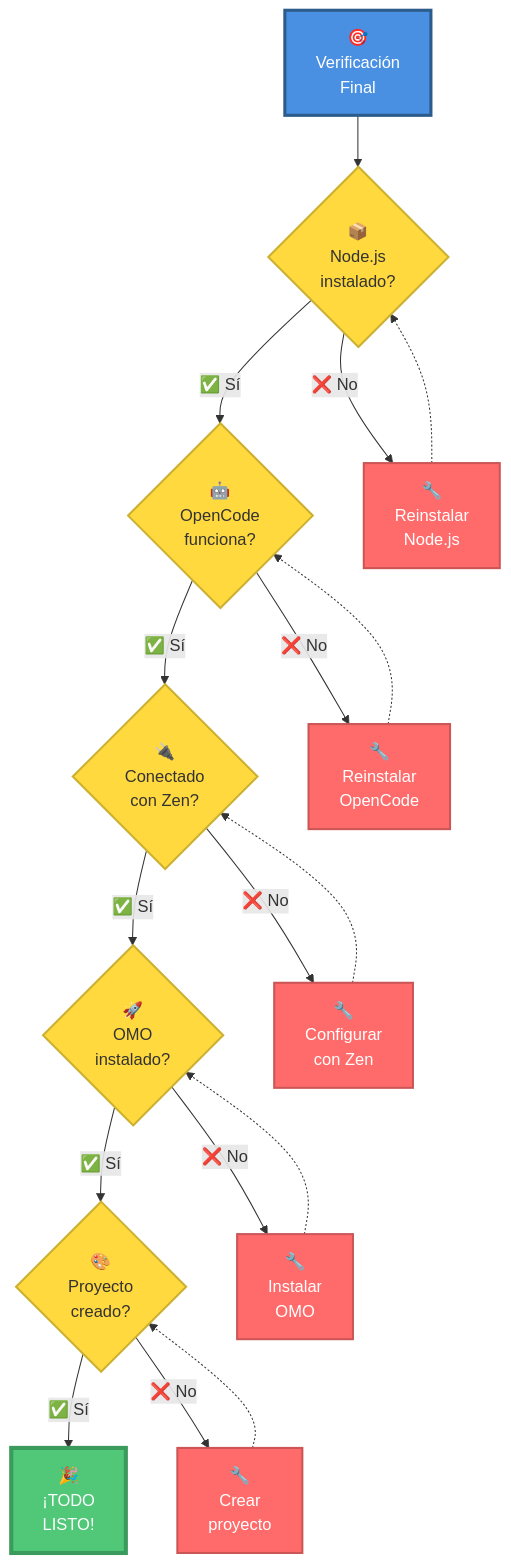
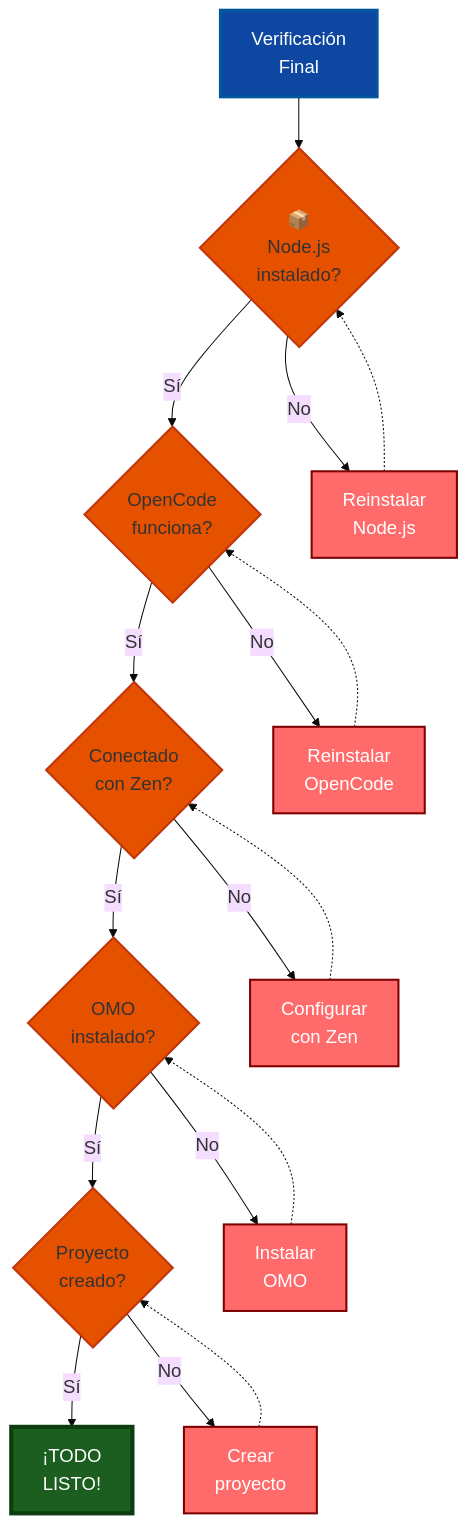
Before and after one commit to Ai-Whisperers/Courses-Content: the ninth of 12 diagrams in courses/🟡-development/FPUNA-2026/00-FUNDAMENTOS-PRINCIPALES/01-configuracion-stack-ia.md, drawn with Mermaid. The commit also changed other lines of this file and 47 other files, not shown here.

First line of the commit message:
fix: Make all 473 diagrams WCAG AAA accessible (FPUNA-2026)

````diff
--- a/courses/🟡-development/FPUNA-2026/00-FUNDAMENTOS-PRINCIPALES/01-configuracion-stack-ia.md
+++ b/courses/🟡-development/FPUNA-2026/00-FUNDAMENTOS-PRINCIPALES/01-configuracion-stack-ia.md
@@ -554,37 +562,38 @@
 ```mermaid
+%%{init: {'theme':'base', 'themeVariables': {'fontSize':'18px'}}}%%
 flowchart TD
-    Start["🎯<br/>Verificación<br/>Final"] --> Check1{"📦<br/>Node.js<br/>instalado?"}
-    Check1 -->|"✅ Sí"| Check2{"🤖<br/>OpenCode<br/>funciona?"}
-    Check1 -->|"❌ No"| Fix1["🔧<br/>Reinstalar<br/>Node.js"]
+    Start["Verificación<br/>Final"] --> Check1{"📦<br/>Node.js<br/>instalado?"}
+    Check1 -->|"Sí"| Check2{"OpenCode<br/>funciona?"}
+    Check1 -->|"No"| Fix1["Reinstalar<br/>Node.js"]
     
-    Check2 -->|"✅ Sí"| Check3{"🔌<br/>Conectado<br/>con Zen?"}
-    Check2 -->|"❌ No"| Fix2["🔧<br/>Reinstalar<br/>OpenCode"]
+    Check2 -->|"Sí"| Check3{"Conectado<br/>con Zen?"}
+    Check2 -->|"No"| Fix2["Reinstalar<br/>OpenCode"]
     
-    Check3 -->|"✅ Sí"| Check4{"🚀<br/>OMO<br/>instalado?"}
-    Check3 -->|"❌ No"| Fix3["🔧<br/>Configurar<br/>con Zen"]
+    Check3 -->|"Sí"| Check4{"OMO<br/>instalado?"}
+    Check3 -->|"No"| Fix3["Configurar<br/>con Zen"]
     
-    Check4 -->|"✅ Sí"| Check5{"🎨<br/>Proyecto<br/>creado?"}
-    Check4 -->|"❌ No"| Fix4["🔧<br/>Instalar<br/>OMO"]
+    Check4 -->|"Sí"| Check5{"Proyecto<br/>creado?"}
+    Check4 -->|"No"| Fix4["Instalar<br/>OMO"]
     
-    Check5 -->|"✅ Sí"| Success["🎉<br/>¡TODO<br/>LISTO!"]
-    Check5 -->|"❌ No"| Fix5["🔧<br/>Crear<br/>proyecto"]
+    Check5 -->|"Sí"| Success["¡TODO<br/>LISTO!"]
+    Check5 -->|"No"| Fix5["Crear<br/>proyecto"]
     
     Fix1 -.-> Check1
     Fix2 -.-> Check2
     Fix3 -.-> Check3
     Fix4 -.-> Check4
     Fix5 -.-> Check5
     
-    style Start fill:#4A90E2,stroke:#2E5C8A,stroke-width:3px,color:#fff
-    style Success fill:#50C878,stroke:#3A9B5C,stroke-width:4px,color:#fff
-    style Fix1 fill:#FF6B6B,stroke:#CC5555,stroke-width:2px,color:#fff
-    style Fix2 fill:#FF6B6B,stroke:#CC5555,stroke-width:2px,color:#fff
-    style Fix3 fill:#FF6B6B,stroke:#CC5555,stroke-width:2px,color:#fff
-    style Fix4 fill:#FF6B6B,stroke:#CC5555,stroke-width:2px,color:#fff
-    style Fix5 fill:#FF6B6B,stroke:#CC5555,stroke-width:2px,color:#fff
-    style Check1 fill:#FFD93D,stroke:#CCB031,stroke-width:2px,color:#333
-    style Check2 fill:#FFD93D,stroke:#CCB031,stroke-width:2px,color:#333
-    style Check3 fill:#FFD93D,stroke:#CCB031,stroke-width:2px,color:#333
-    style Check4 fill:#FFD93D,stroke:#CCB031,stroke-width:2px,color:#333
-    style Check5 fill:#FFD93D,stroke:#CCB031,stroke-width:2px,color:#333
+    style Start fill:#0d47a1,stroke:#01579b,stroke-width:3px,color:#fff
+    style Success fill:#1b5e20,stroke:#0d3d0f,stroke-width:4px,color:#fff
+    style Fix1 fill:#FF6B6B,stroke:#7f0000,stroke-width:2px,color:#fff
+    style Fix2 fill:#FF6B6B,stroke:#7f0000,stroke-width:2px,color:#fff
+    style Fix3 fill:#FF6B6B,stroke:#7f0000,stroke-width:2px,color:#fff
+    style Fix4 fill:#FF6B6B,stroke:#7f0000,stroke-width:2px,color:#fff
+    style Fix5 fill:#FF6B6B,stroke:#7f0000,stroke-width:2px,color:#fff
+    style Check1 fill:#e65100,stroke:#bf360c,stroke-width:2px,color:#333
+    style Check2 fill:#e65100,stroke:#bf360c,stroke-width:2px,color:#333
+    style Check3 fill:#e65100,stroke:#bf360c,stroke-width:2px,color:#333
+    style Check4 fill:#e65100,stroke:#bf360c,stroke-width:2px,color:#333
+    style Check5 fill:#e65100,stroke:#bf360c,stroke-width:2px,color:#333
 ```
````
